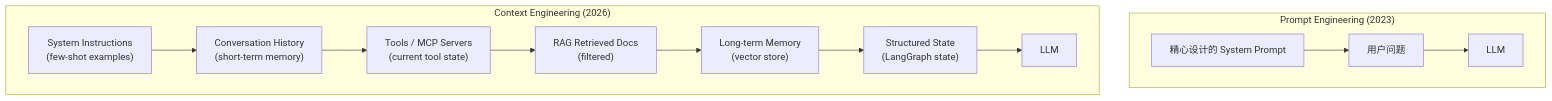
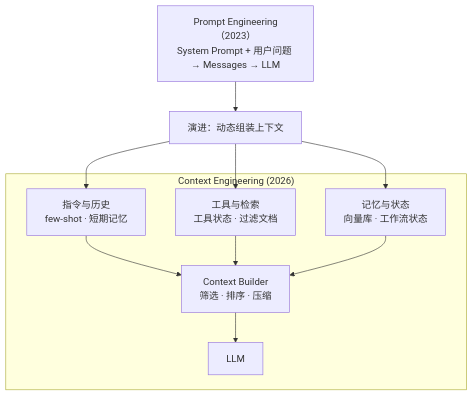
The first of 4 diagrams in 29_Context_Engineering.md (BeefWrap4/LLM-Knowledge-Base), drawn with Mermaid before and after one commit. The commit also changed 8 other files, not shown here.

Commit message:
Fix Mermaid semantics and Obsidian layouts

````diff
--- a/29_Context_Engineering.md
+++ b/29_Context_Engineering.md
@@ -34,14 +34,15 @@
 ```mermaid
 graph TB
-    subgraph "Prompt Engineering (2023)"
-        A["精心设计的 System Prompt"] --> B["用户问题"] --> C["LLM"]
+    Prompt["Prompt Engineering（2023）<br/>System Prompt + 用户问题 → Messages → LLM"]
+    Evolution["演进：动态组装上下文"]
+    subgraph "Context Engineering (2026)"
+        D["指令与历史<br/>few-shot · 短期记忆"] --> X["Context Builder<br/>筛选 · 排序 · 压缩"]
+        E["工具与检索<br/>工具状态 · 过滤文档"] --> X
+        F["记忆与状态<br/>向量库 · 工作流状态"] --> X
+        X --> J["LLM"]
     end
-    subgraph "Context Engineering (2026)"
-        D["System Instructions<br/>(few-shot examples)"] --> E["Conversation History<br/>(short-term memory)"]
-        E --> F["Tools / MCP Servers<br/>(current tool state)"]
-        F --> G["RAG Retrieved Docs<br/>(filtered)"]
-        G --> H["Long-term Memory<br/>(vector store)"]
-        H --> I["Structured State<br/>(LangGraph state)"]
-        I --> J["LLM"]
-    end
+    Prompt --> Evolution
+    Evolution --> D
+    Evolution --> E
+    Evolution --> F
 ```
````
